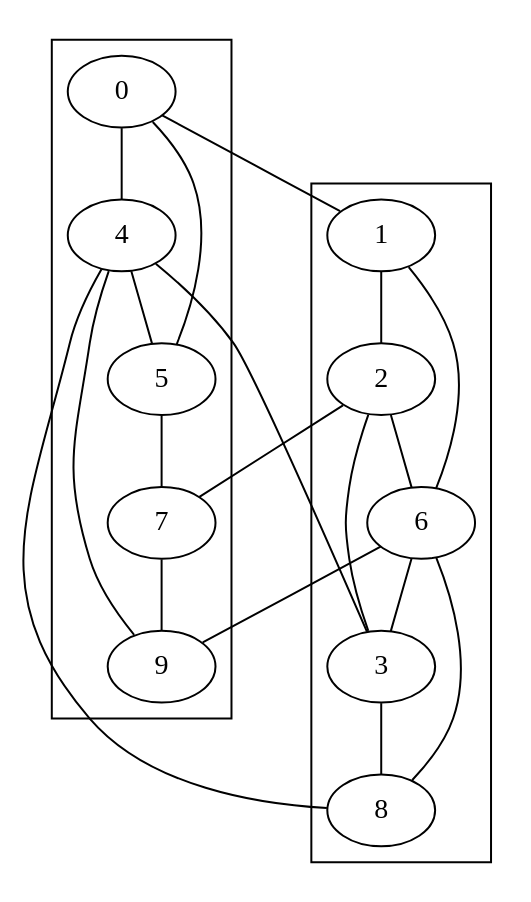
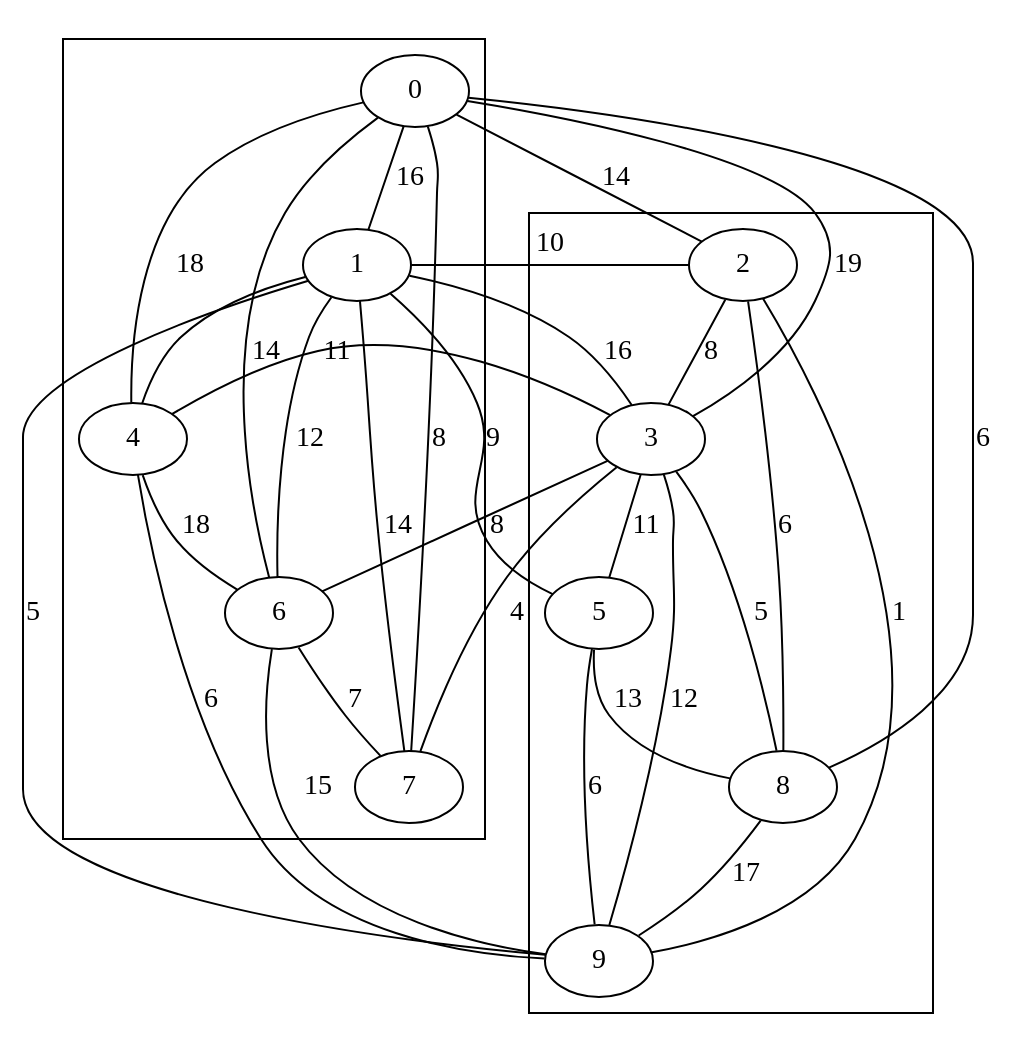
The diagram in A2/metis/mb.dot (lrodrin/masterAI), drawn with Graphviz before and after one commit. The commit also changed 32 other files, not shown here.

```diff
--- a/A2/metis/mb.dot
+++ b/A2/metis/mb.dot
@@ -1,42 +1,55 @@
 strict graph  {
 0;
 1;
+2;
+3;
 4;
 5;
-2;
 6;
-3;
 7;
 8;
 9;
-0 -- 1  [weight=3];
-0 -- 4  [weight=10];
-0 -- 5  [weight=2];
-1 -- 2  [weight=5];
-1 -- 6  [weight=2];
-4 -- 3  [weight=7];
-4 -- 5  [weight=4];
-4 -- 8  [weight=2];
-4 -- 9  [weight=8];
-5 -- 7  [weight=1];
-2 -- 3  [weight=8];
-2 -- 7  [weight=8];
-6 -- 8  [weight=7];
-6 -- 9  [weight=7];
-3 -- 8  [weight=8];
-7 -- 9  [weight=10];
+0 -- 1  [label=16];
+0 -- 2  [label=14];
+0 -- 3  [label=19];
+0 -- 4  [label=18];
+0 -- 6  [label=14];
+0 -- 7  [label=8];
+0 -- 8  [label=6];
+1 -- 2  [label=10];
+1 -- 3  [label=16];
+1 -- 5  [label=9];
+1 -- 6  [label=12];
+1 -- 7  [label=14];
+1 -- 9  [label=5];
+2 -- 3  [label=8];
+2 -- 8  [label=6];
+2 -- 9  [label=1];
+3 -- 4  [label=11];
+3 -- 5  [label=11];
+3 -- 6  [label=8];
+3 -- 7  [label=4];
+3 -- 8  [label=5];
+3 -- 9  [label=12];
+4 -- 6  [label=18];
+4 -- 9  [label=6];
+5 -- 8  [label=13];
+5 -- 9  [label=6];
+6 -- 7  [label=7];
+6 -- 9  [label=15];
+8 -- 9  [label=17];
 subgraph cluster_A {
-0 -- 4;
-4 -- 5;
-5 -- 7;
-7 -- 9;
+0 -- 1;
+1 -- 4;
+4 -- 6;
+6 -- 7;
 }
 
 subgraph cluster_B {
-1 -- 2;
-2 -- 6;
-6 -- 3;
-3 -- 8;
+2 -- 3;
+3 -- 5;
+5 -- 8;
+8 -- 9;
 }
 
 }
```
